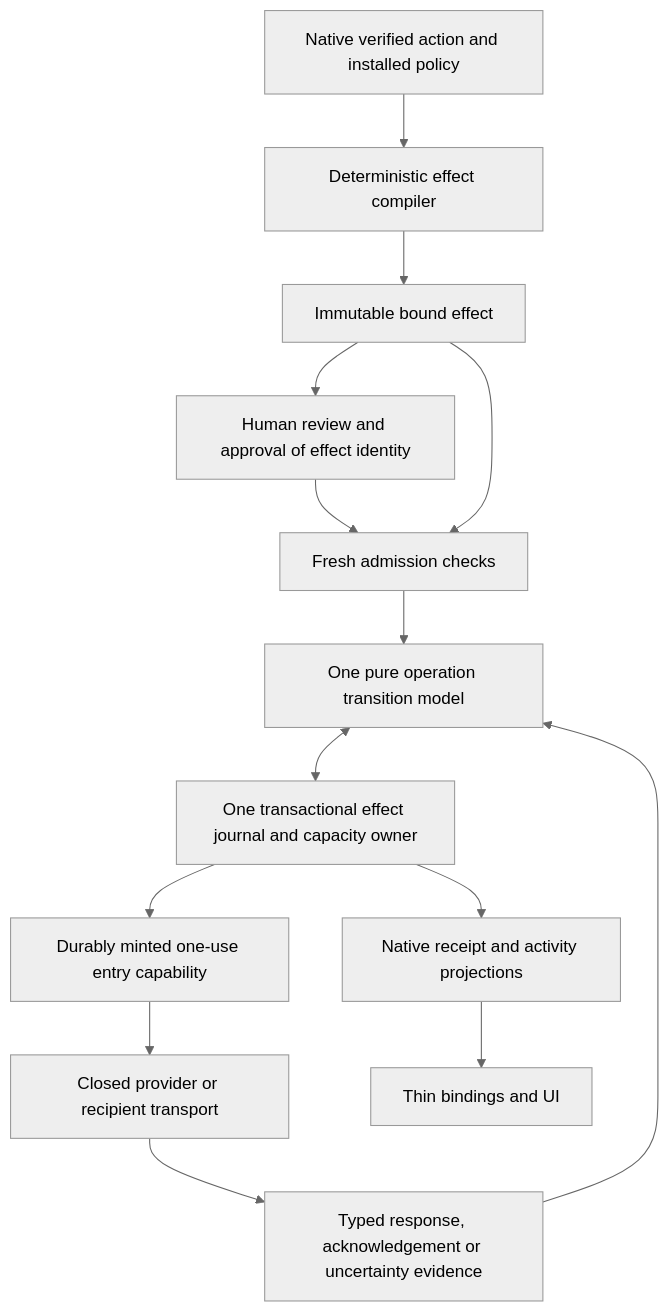
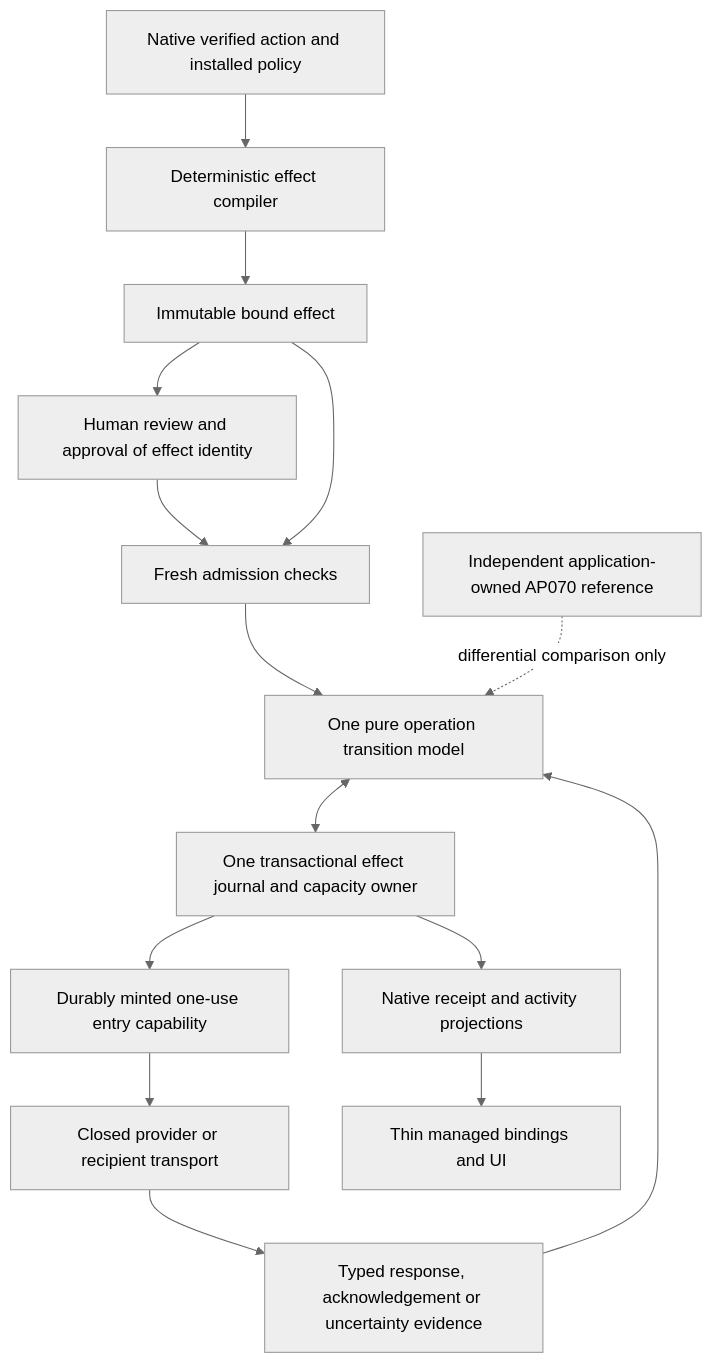
Before and after one commit to auths-dev/auths-proof: the second of 3 diagrams in docs/specs/0074-bound-effects-and-recovery-state-machine.md, drawn with Mermaid (neutral theme). The commit also changed other lines of this file and 4 other files, not shown here.

Commit message:
docs(spec): retain AP070 as an independent application reference

````diff
--- a/docs/specs/0074-bound-effects-and-recovery-state-machine.md
+++ b/docs/specs/0074-bound-effects-and-recovery-state-machine.md
@@ -58,16 +89,17 @@
 ```mermaid
 flowchart TB
     N[Native verified action and installed policy] --> C[Deterministic effect compiler]
     C --> B[Immutable bound effect]
     B --> H[Human review and approval of effect identity]
     H --> A[Fresh admission checks]
     B --> A
     A --> R[One pure operation transition model]
     R <--> J[One transactional effect journal and capacity owner]
     J --> P[Durably minted one-use entry capability]
     P --> X[Closed provider or recipient transport]
     X --> E[Typed response, acknowledgement or uncertainty evidence]
     E --> R
     J --> V[Native receipt and activity projections]
-    V --> UI[Thin bindings and UI]
+    V --> UI[Thin managed bindings and UI]
+    REF[Independent application-owned AP070 reference] -. differential comparison only .-> R
 ```
````
